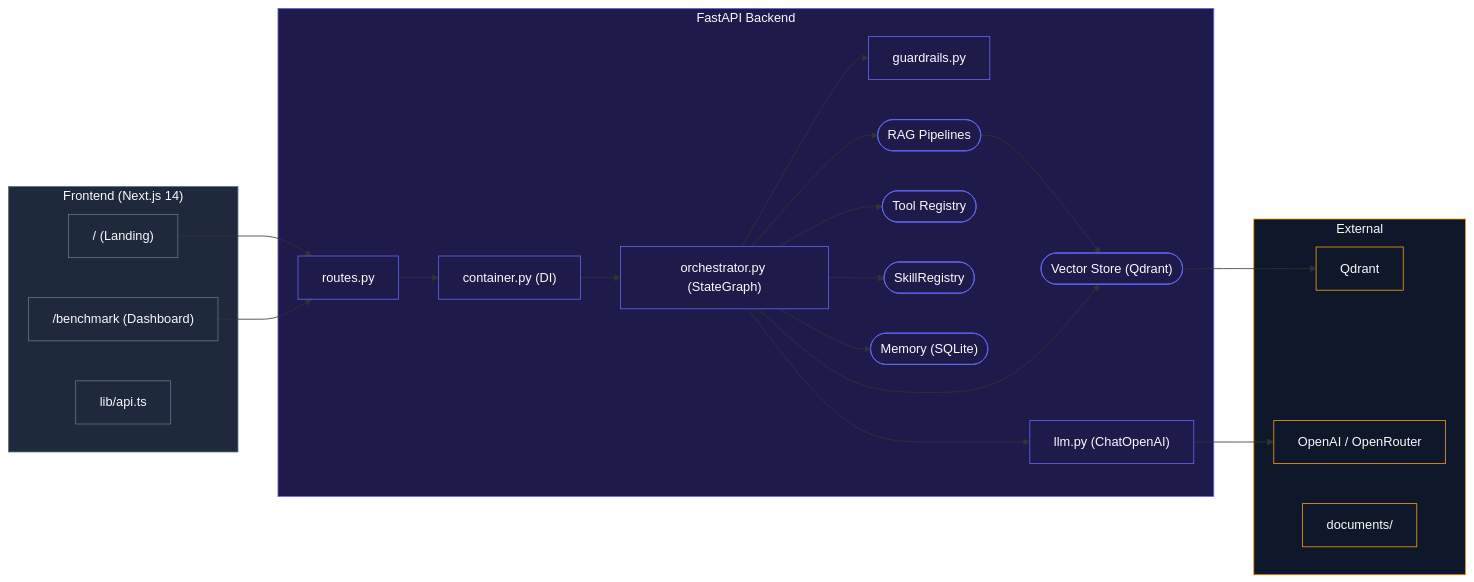
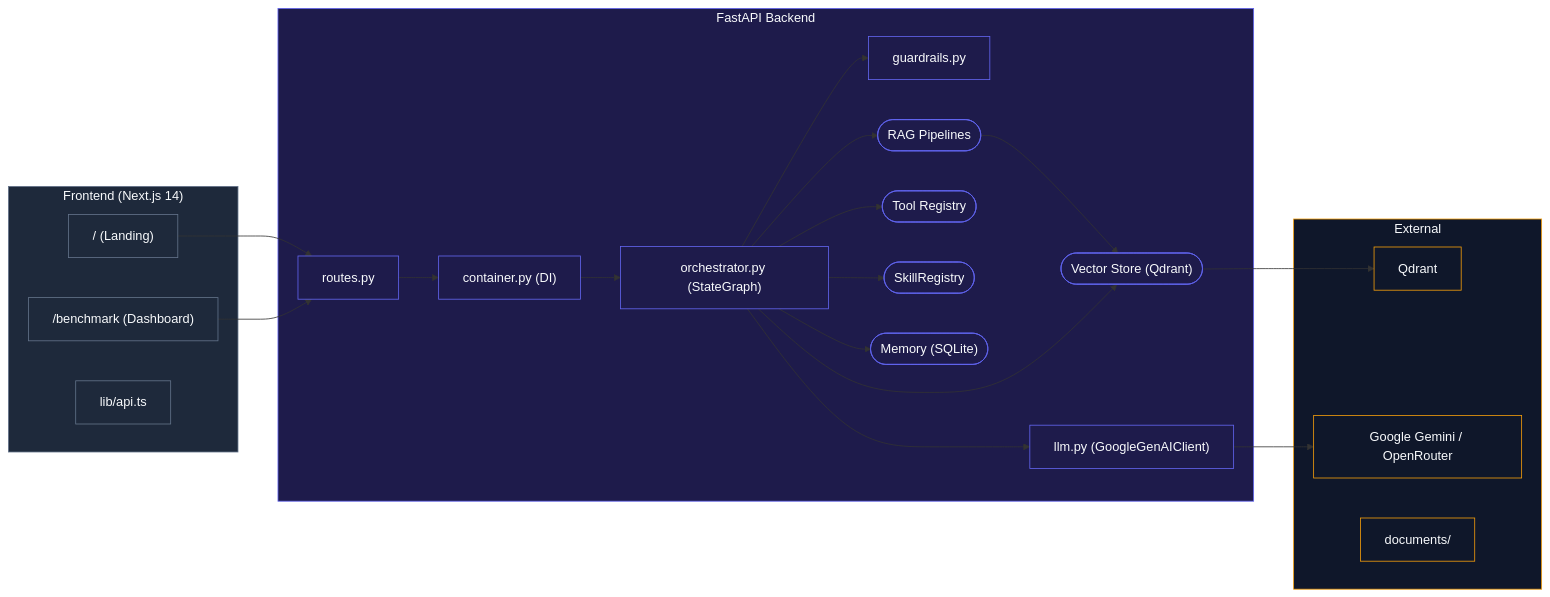
The first of 3 diagrams in README.md (DIP-RO/Naive-RAG-and-StreamRAG-Benchmarking-Application), drawn with Mermaid before and after one commit. The commit also changed other lines of this file and 1 other file, not shown here.

````diff
--- a/README.md
+++ b/README.md
@@ -38,47 +38,47 @@
 ```mermaid
 flowchart LR
     subgraph Frontend["Frontend (Next.js 14)"]
         Landing["/ (Landing)"]
         Dash["/benchmark (Dashboard)"]
         Client["lib/api.ts"]
     end
     subgraph API["FastAPI Backend"]
         Routes["routes.py"]
         Container["container.py (DI)"]
         Graph["orchestrator.py (StateGraph)"]
         Guard["guardrails.py"]
-        LLM["llm.py (ChatOpenAI)"]
+        LLM["llm.py (GoogleGenAIClient)"]
         RAG(["RAG Pipelines"])
         Tools(["Tool Registry"])
         Skills(["SkillRegistry"])
         Mem(["Memory (SQLite)"])
         Vec(["Vector Store (Qdrant)"])
     end
     subgraph External["External"]
         Q["Qdrant"]
-        OAI["OpenAI / OpenRouter"]
+        OAI["Google Gemini / OpenRouter"]
         FS["documents/"]
     end
 
     Landing --> Routes
     Dash --> Routes
     Routes --> Container
     Container --> Graph
     Graph --> Guard
     Graph --> RAG
     Graph --> Mem
     Graph --> Tools
     Graph --> Skills
     Graph --> LLM
     RAG --> Vec
     Vec --> Q
     Graph --> Vec
     LLM --> OAI
 
     classDef frontend fill:#1e293b,stroke:#64748b,color:#f8fafc
     classDef api fill:#1e1b4b,stroke:#6366f1,color:#f8fafc
     classDef ext fill:#0f172a,stroke:#f59e0b,color:#f8fafc
     class Frontend,Landing,Dash,Client frontend
     class API,Routes,Container,Graph,Guard,LLM,RAG,Tools,Skills,Mem,Vec api
     class External,Q,OAI,FS ext
 ```
````
